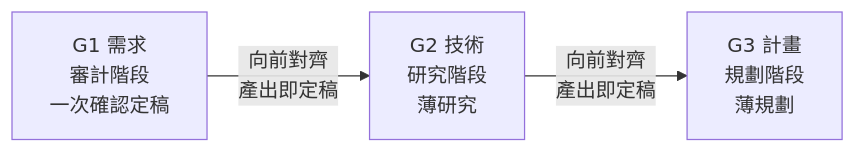
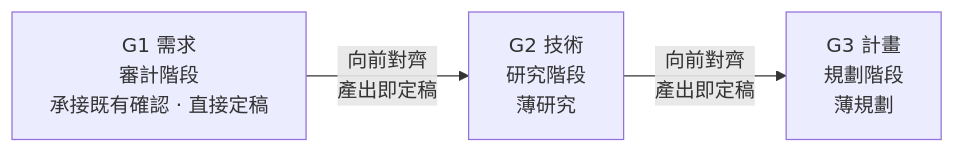
Before and after one commit to teps3105/shiftblame: the sixth of 8 diagrams in skills/shiftblame/SKILL.md, drawn with Mermaid. The commit also changed other lines of this file and 20 other files, not shown here.

````diff
--- a/skills/shiftblame/SKILL.md
+++ b/skills/shiftblame/SKILL.md
@@ -263,5 +269,5 @@
 ```mermaid
 flowchart LR
-    G1["G1 需求<br/>審計階段<br/>一次確認定稿"] -->|"向前對齊<br/>產出即定稿"| G2["G2 技術<br/>研究階段<br/>薄研究"]
+    G1["G1 需求<br/>審計階段<br/>承接既有確認 · 直接定稿"] -->|"向前對齊<br/>產出即定稿"| G2["G2 技術<br/>研究階段<br/>薄研究"]
     G2 -->|"向前對齊<br/>產出即定稿"| G3["G3 計畫<br/>規劃階段<br/>薄規劃"]
 ```
````
